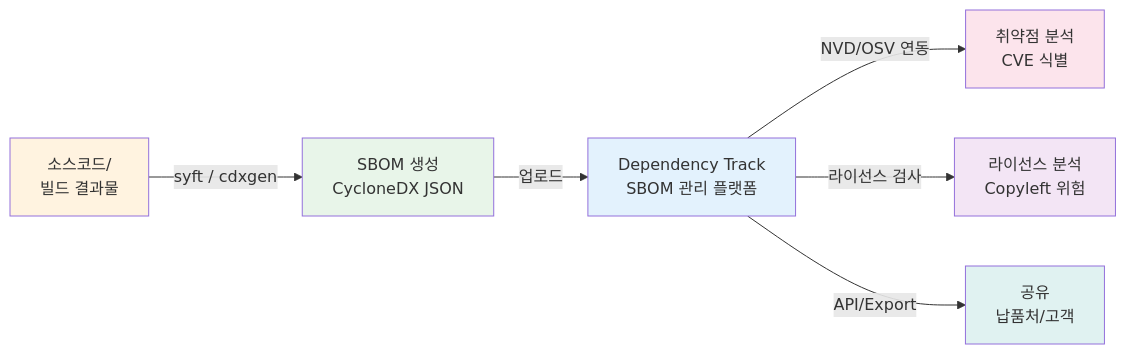
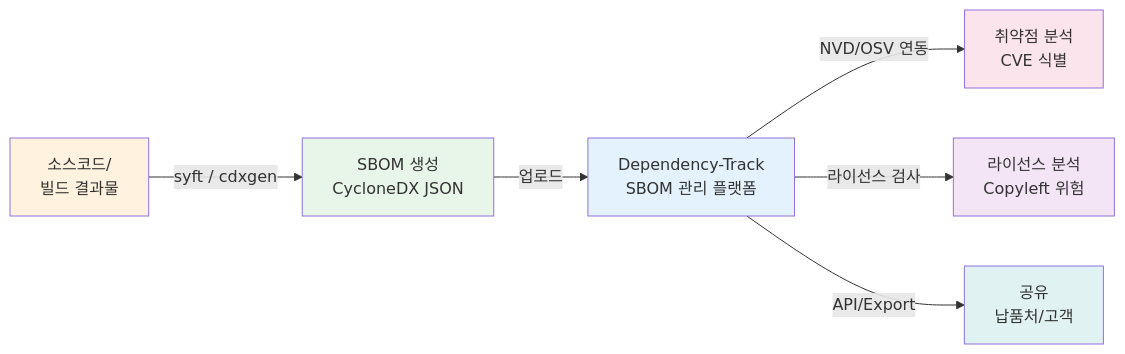
The diagram in docs/00-overview/sbom-101.md (trustedoss/trustedoss.github.io), drawn with Mermaid before and after one commit. The commit also changed other lines of this file and 100 other files, not shown here.

````diff
--- a/docs/00-overview/sbom-101.md
+++ b/docs/00-overview/sbom-101.md
@@ -113,15 +113,15 @@
 ```mermaid
 flowchart LR
     A[소스코드/\n빌드 결과물] -->|syft / cdxgen| B[SBOM 생성\nCycloneDX JSON]
-    B -->|업로드| C[Dependency Track\nSBOM 관리 플랫폼]
+    B -->|업로드| C[Dependency-Track\nSBOM 관리 플랫폼]
     C -->|NVD/OSV 연동| D[취약점 분석\nCVE 식별]
     C -->|라이선스 검사| E[라이선스 분석\nCopyleft 위험]
     C -->|API/Export| F[공유\n납품처/고객]
 
     style A fill:#fff3e0
     style B fill:#e8f5e9
     style C fill:#e3f2fd
     style D fill:#fce4ec
     style E fill:#f3e5f5
     style F fill:#e0f2f1
 ```
````
